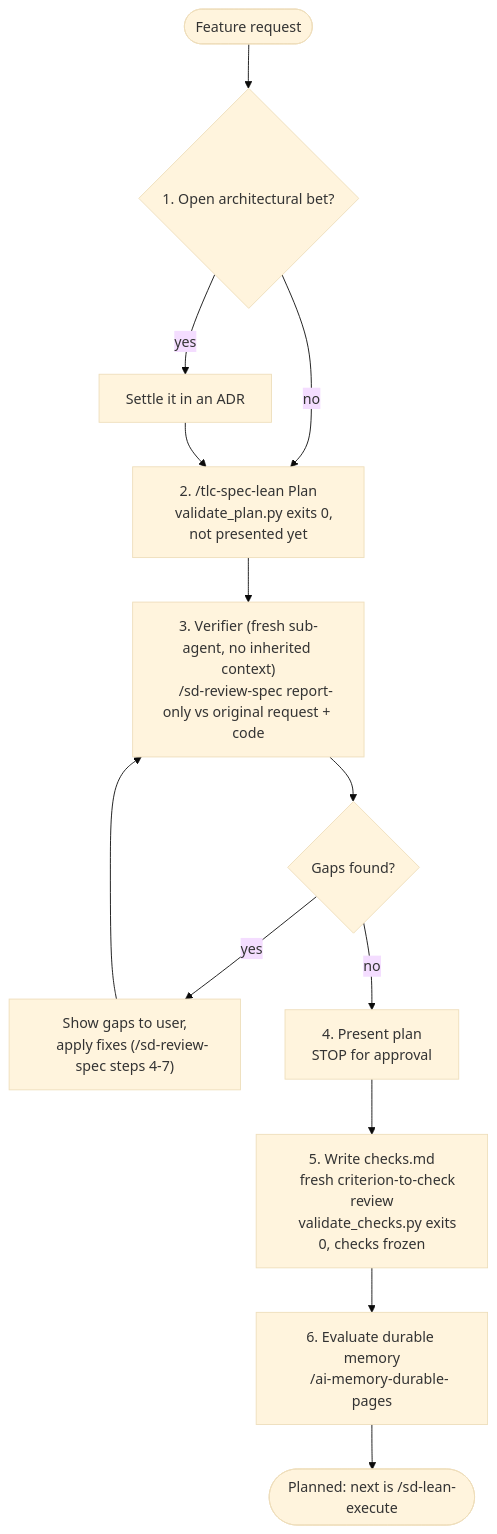
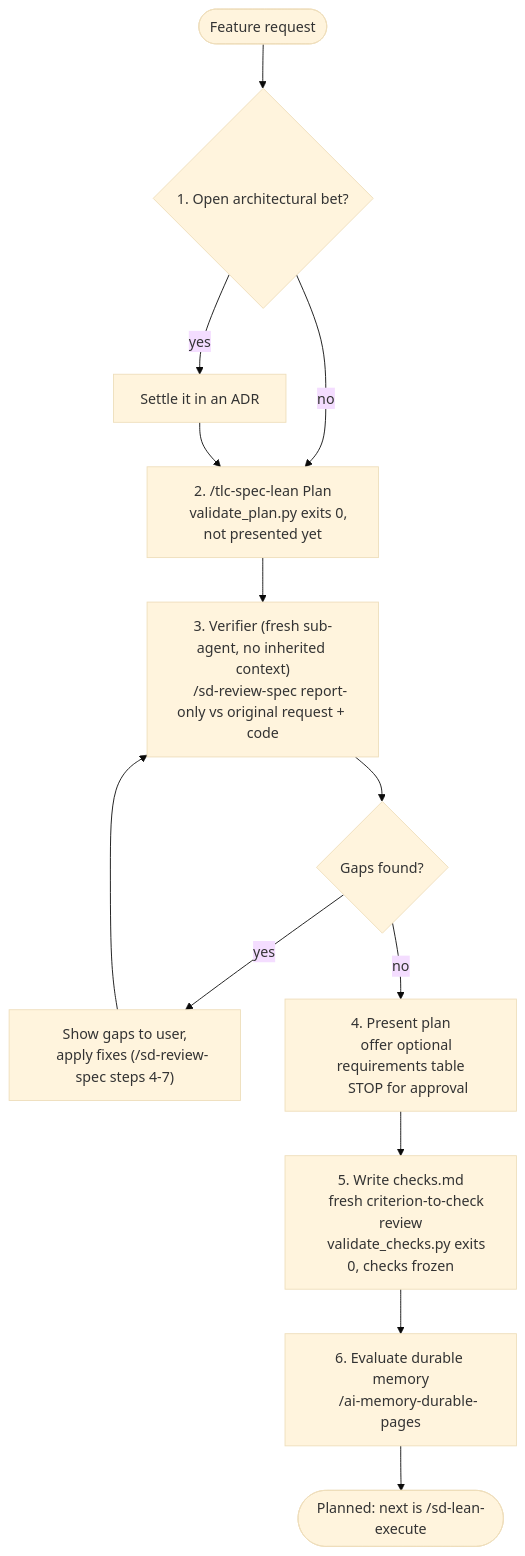
Before and after one commit to Ronnasayd/aipp: the diagram in skills/sd-lean-planning/references/diagram.md, drawn with Mermaid (base theme). The commit also changed 12 other files, not shown here.

First line of the commit message:
refactor(skills): offer requirements table after lean plan approval

````diff
--- a/skills/sd-lean-planning/references/diagram.md
+++ b/skills/sd-lean-planning/references/diagram.md
@@ -3,22 +3,23 @@
 ```mermaid
 flowchart TD
     Start([Feature request]) --> A{"1. Open architectural bet?"}
     A -- yes --> A2["Settle it in an ADR"]
     A -- no --> B
     A2 --> B["2. /tlc-spec-lean Plan
     validate_plan.py exits 0, not presented yet"]
     B --> V["3. Verifier (fresh sub-agent, no inherited context)
     /sd-review-spec report-only vs original request + code"]
     V --> V2{"Gaps found?"}
     V2 -- yes --> V3["Show gaps to user,
     apply fixes (/sd-review-spec steps 4-7)"]
     V3 --> V
     V2 -- no --> P["4. Present plan
+    offer optional requirements table
     STOP for approval"]
     P --> K["5. Write checks.md
     fresh criterion-to-check review
     validate_checks.py exits 0, checks frozen"]
     K --> G["6. Evaluate durable memory
     /ai-memory-durable-pages"]
     G --> End([Planned: next is /sd-lean-execute])
 ```
````
